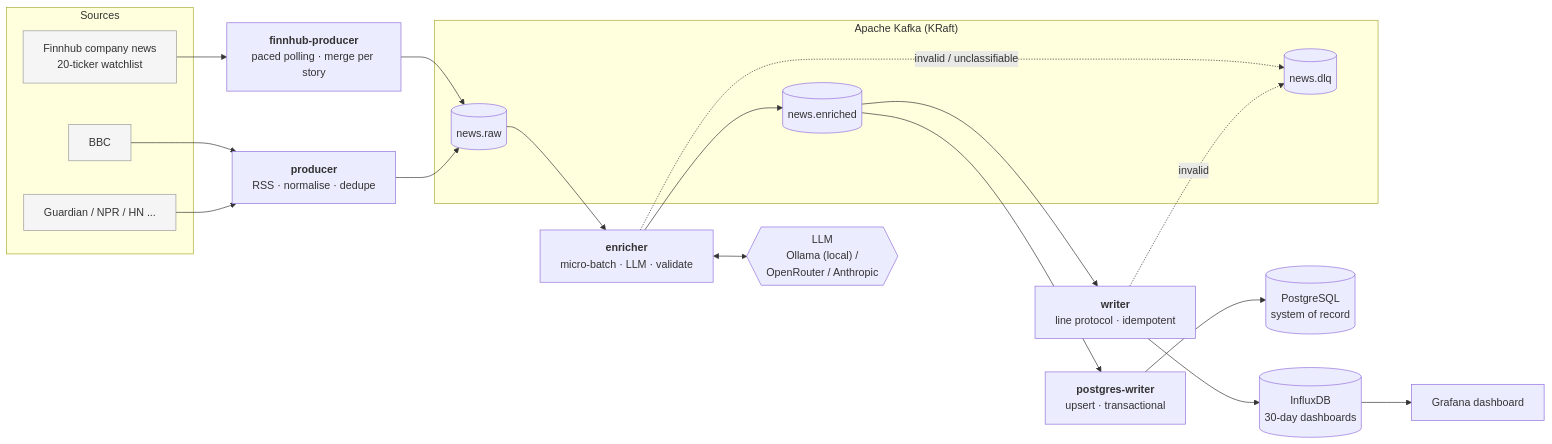
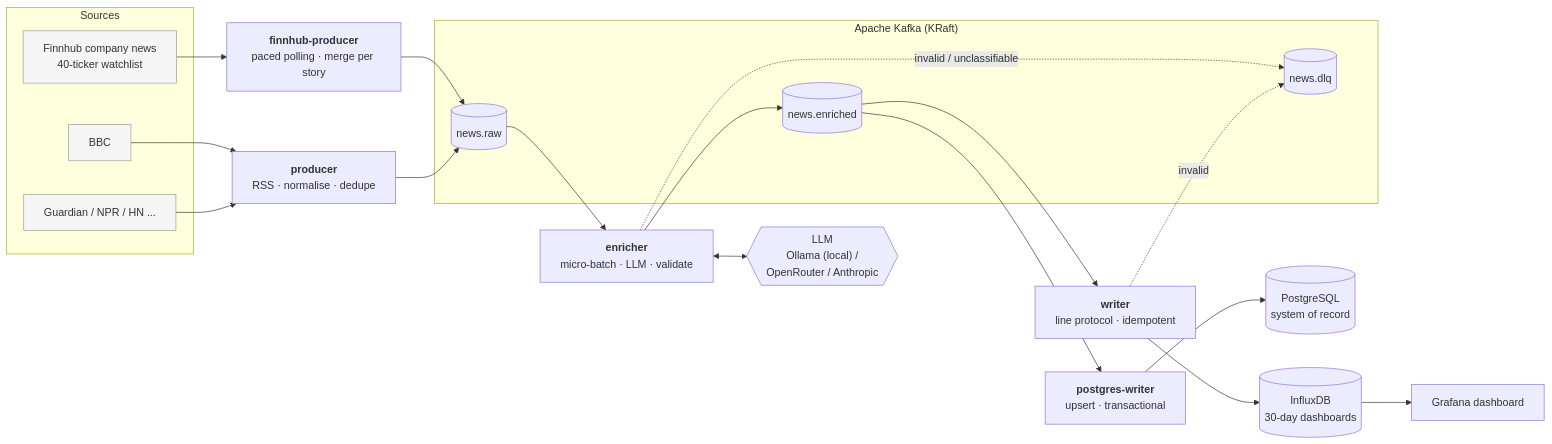
One commit to pedropereira4/news-sentiment-trading-signals changed the diagram in README.md. Above: the diagram before and after it, drawn with Mermaid. The commit also changed other lines of this file and 9 other files, not shown here.

````diff
--- a/README.md
+++ b/README.md
@@ -28,33 +28,33 @@
 ```mermaid
 flowchart LR
     subgraph Sources
-        FH[Finnhub company news<br/>20-ticker watchlist]:::src
+        FH[Finnhub company news<br/>40-ticker watchlist]:::src
         RSS1[BBC]:::src
         RSS2[Guardian / NPR / HN ...]:::src
     end
 
     F["<b>finnhub-producer</b><br/>paced polling · merge per story"]
     P["<b>producer</b><br/>RSS · normalise · dedupe"]
     subgraph Kafka["Apache Kafka (KRaft)"]
         T1[(news.raw)]
         T2[(news.enriched)]
         T3[(news.dlq)]
     end
     E["<b>enricher</b><br/>micro-batch · LLM · validate"]
     LLM{{"LLM<br/>Ollama (local) /<br/>OpenRouter / Anthropic"}}
     W["<b>writer</b><br/>line protocol · idempotent"]
     PW["<b>postgres-writer</b><br/>upsert · transactional"]
     I[(InfluxDB<br/>30-day dashboards)]
     PG[(PostgreSQL<br/>system of record)]
     G[Grafana dashboard]
 
     FH --> F --> T1
     RSS1 & RSS2 --> P --> T1 --> E
     E <--> LLM
     E --> T2 --> W --> I --> G
     T2 --> PW --> PG
     E -. invalid / unclassifiable .-> T3
     W -. invalid .-> T3
 
     classDef src fill:#f5f5f5,stroke:#999
 ```
````
